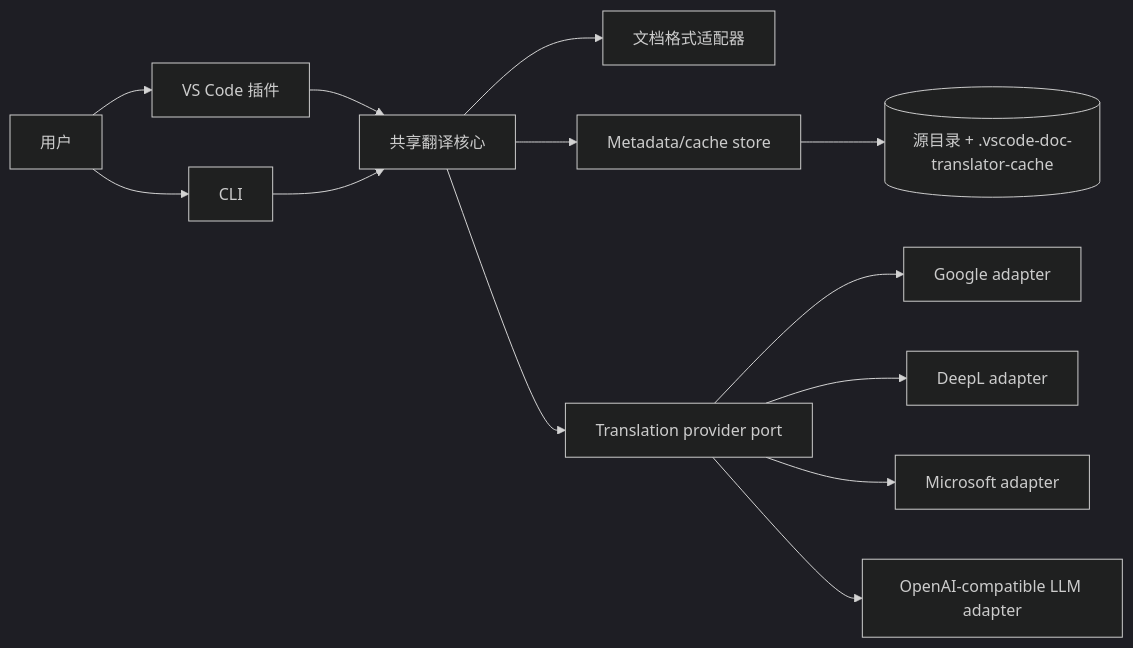
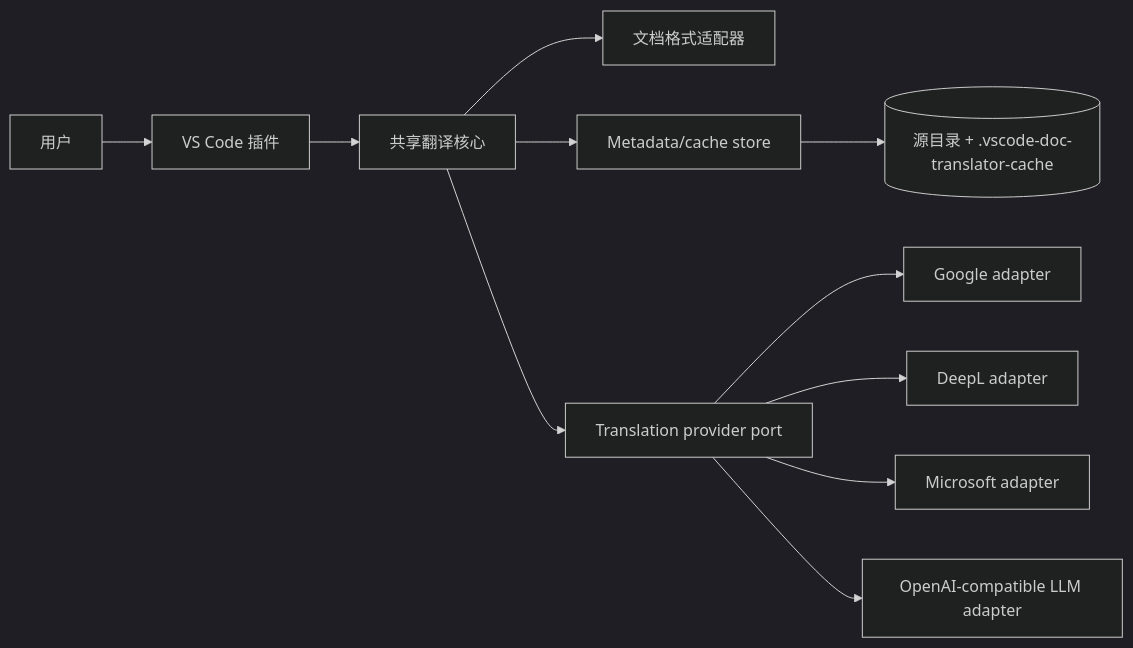
Before and after one commit to G-TTYg/vscode-doc-translator: the first of 2 diagrams in docs/architecture.md, drawn with Mermaid (dark theme). The commit also changed other lines of this file and 9 other files, not shown here.

````diff
--- a/docs/architecture.md
+++ b/docs/architecture.md
@@ -14,15 +14,13 @@
 ```mermaid
 flowchart LR
   User["用户"] --> VSCode["VS Code 插件"]
-  User --> CLI["CLI"]
   VSCode --> Core["共享翻译核心"]
-  CLI --> Core
   Core --> Format["文档格式适配器"]
   Core --> Cache["Metadata/cache store"]
   Core --> ProviderPort["Translation provider port"]
   ProviderPort --> Google["Google adapter"]
   ProviderPort --> DeepL["DeepL adapter"]
   ProviderPort --> Microsoft["Microsoft adapter"]
   ProviderPort --> LLM["OpenAI-compatible LLM adapter"]
   Cache --> Disk[("源目录 + .vscode-doc-translator-cache")]
 ```
````
